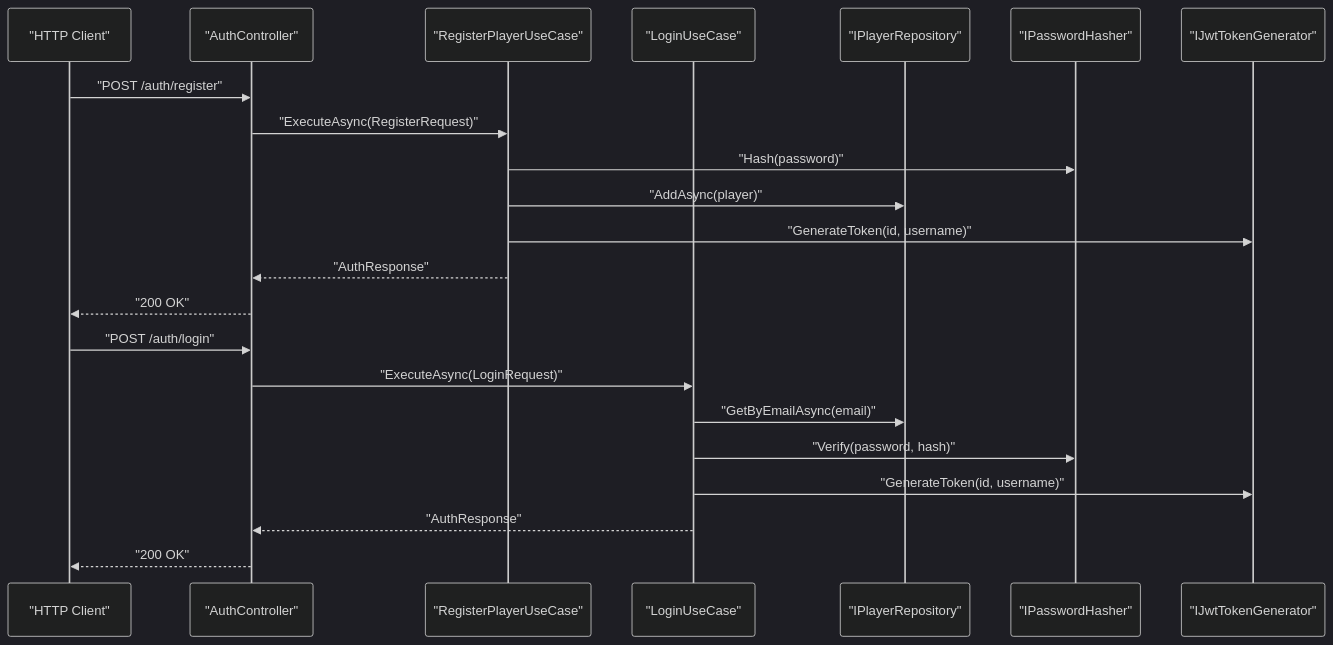
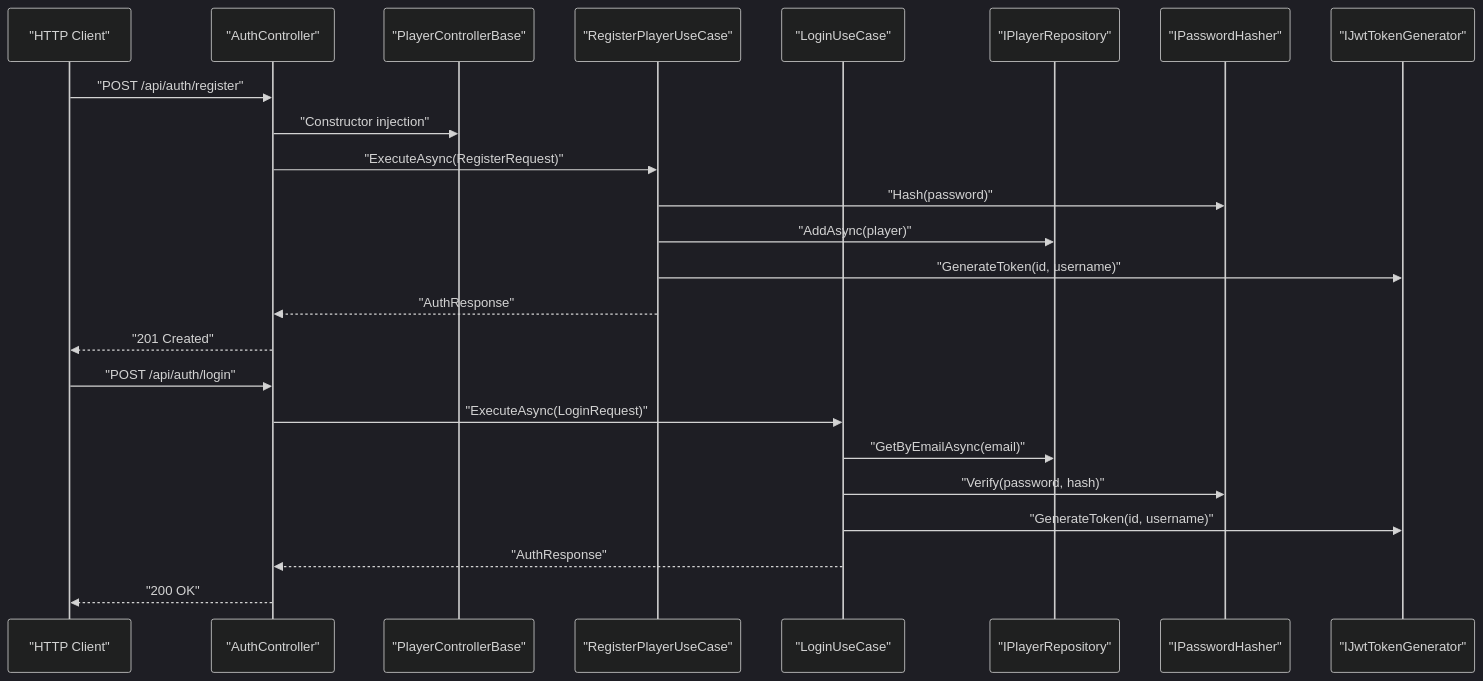
One commit to MuhammadFaizanQamar/game-backend-service changed the second of 8 diagrams in .qoder/repowiki/en/content/Architecture & Design/Dependency Injection & Service Registration.md. Above: the diagram before and after it, drawn with Mermaid (dark theme). The commit also changed other lines of this file and 62 other files, not shown here.

````diff
--- a/.qoder/repowiki/en/content/Architecture & Design/Dependency Injection & Service Registration.md
+++ b/.qoder/repowiki/en/content/Architecture & Design/Dependency Injection & Service Registration.md
@@ -122,24 +154,26 @@
 ```mermaid
 sequenceDiagram
 participant Client as "HTTP Client"
 participant API as "AuthController"
+participant Base as "PlayerControllerBase"
 participant UCReg as "RegisterPlayerUseCase"
 participant UCLog as "LoginUseCase"
 participant Repo as "IPlayerRepository"
 participant Hash as "IPasswordHasher"
 participant Tok as "IJwtTokenGenerator"
-Client->>API : "POST /auth/register"
+Client->>API : "POST /api/auth/register"
+API->>Base : "Constructor injection"
 API->>UCReg : "ExecuteAsync(RegisterRequest)"
 UCReg->>Hash : "Hash(password)"
 UCReg->>Repo : "AddAsync(player)"
 UCReg->>Tok : "GenerateToken(id, username)"
 UCReg-->>API : "AuthResponse"
-API-->>Client : "200 OK"
-Client->>API : "POST /auth/login"
+API-->>Client : "201 Created"
+Client->>API : "POST /api/auth/login"
 API->>UCLog : "ExecuteAsync(LoginRequest)"
 UCLog->>Repo : "GetByEmailAsync(email)"
 UCLog->>Hash : "Verify(password, hash)"
 UCLog->>Tok : "GenerateToken(id, username)"
 UCLog-->>API : "AuthResponse"
 API-->>Client : "200 OK"
 ```
````
